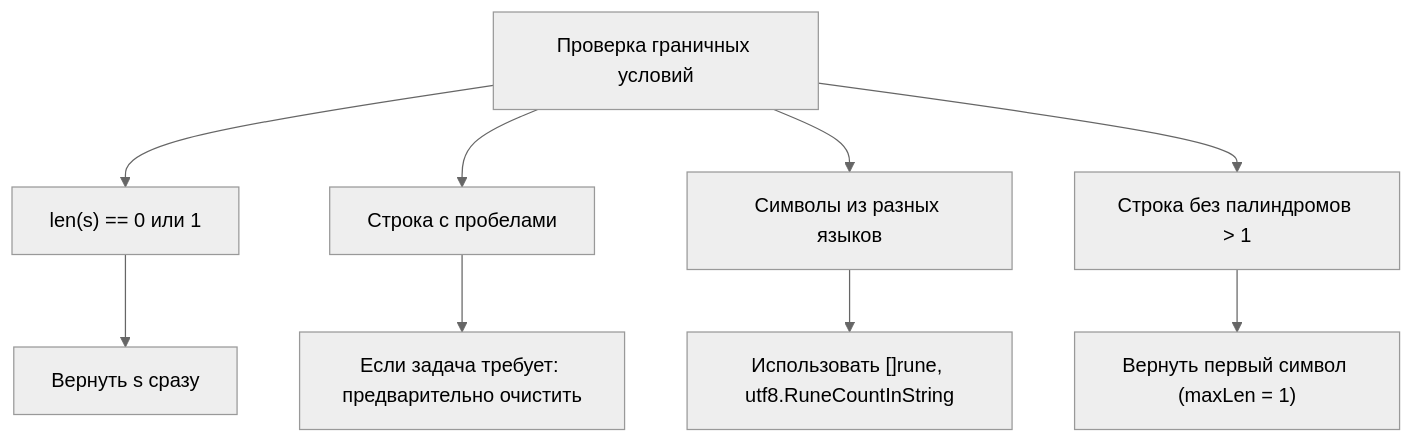
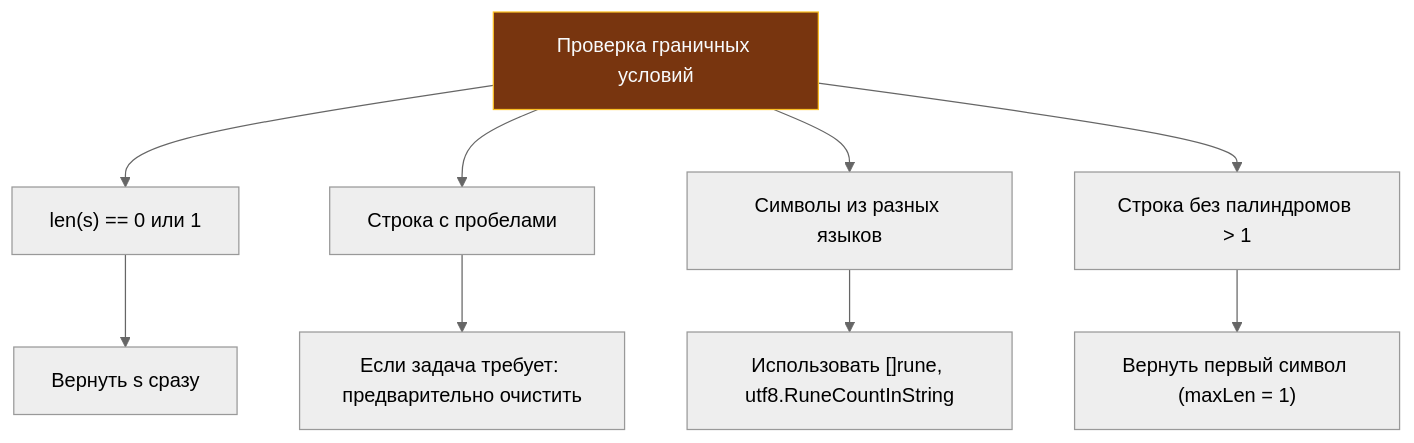
Before and after one commit to UnrealTemplier/go-textbook: the fourth of 4 diagrams in sources/21. Задачи с LeetCode и собеседований на Go/02. Задачи/25. Строки/4. Longest Palindromic Substring.md, drawn with Mermaid (neutral theme). The commit also changed other lines of this file and 1666 other files, not shown here.

First line of the commit message:
feat(mermaid): add semantic color classDef to 1369 colorless flowchart/graph diagrams

````diff
--- a/sources/21. Задачи с LeetCode и собеседований на Go/02. Задачи/25. Строки/4. Longest Palindromic Substring.md
+++ b/sources/21. Задачи с LeetCode и собеседований на Go/02. Задачи/25. Строки/4. Longest Palindromic Substring.md
@@ -240,12 +270,22 @@
 ```mermaid
 flowchart TD
-    A["Проверка граничных условий"] --> B["len(s) == 0 или 1"]
+    classDef process  fill:#1e293b,stroke:#38bdf8,stroke-width:1px,color:#f8fafc
+    classDef success  fill:#064e3b,stroke:#34d399,stroke-width:1px,color:#f8fafc
+    classDef error    fill:#7f1d1d,stroke:#f87171,stroke-width:1px,color:#f8fafc
+    classDef warning  fill:#78350f,stroke:#fbbf24,stroke-width:1px,color:#f8fafc
+    classDef entry    fill:#1e3a5f,stroke:#38bdf8,stroke-width:2px,color:#f8fafc
+    classDef aux      fill:#334155,stroke:#64748b,stroke-width:1px,color:#f8fafc
+    classDef system   fill:#312e81,stroke:#a78bfa,stroke-width:1px,color:#f8fafc
+    classDef data     fill:#132d29,stroke:#2dd4bf,stroke-width:1px,color:#f8fafc
+    classDef network  fill:#881337,stroke:#fb7185,stroke-width:1px,color:#f8fafc
+    classDef accent   fill:#1e1b4b,stroke:#818cf8,stroke-width:1px,color:#f8fafc
+    A["Проверка граничных условий"]:::warning --> B["len(s) == 0 или 1"]
     A --> C["Строка с пробелами"]
     A --> D["Символы из разных языков"]
     A --> E["Строка без палиндромов > 1"]
     
     B --> F["Вернуть s сразу"]
     C --> G["Если задача требует: предварительно очистить"]
     D --> H["Использовать []rune, utf8.RuneCountInString"]
     E --> I["Вернуть первый символ (maxLen = 1)"]
 ```
````
